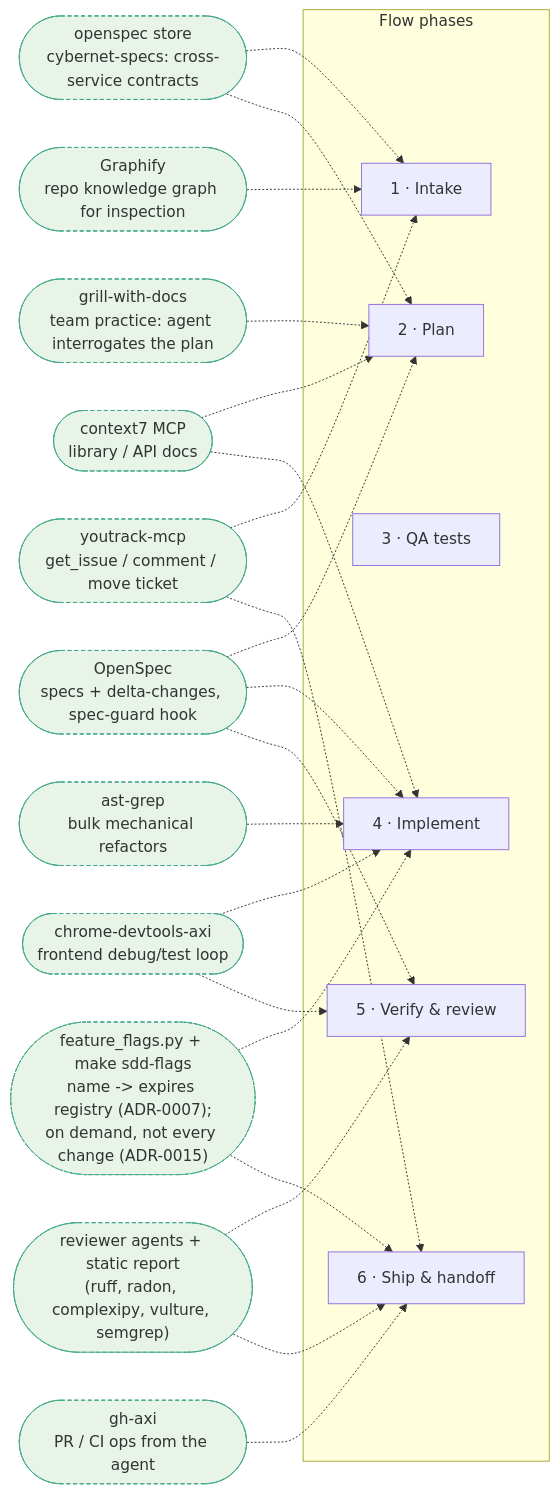
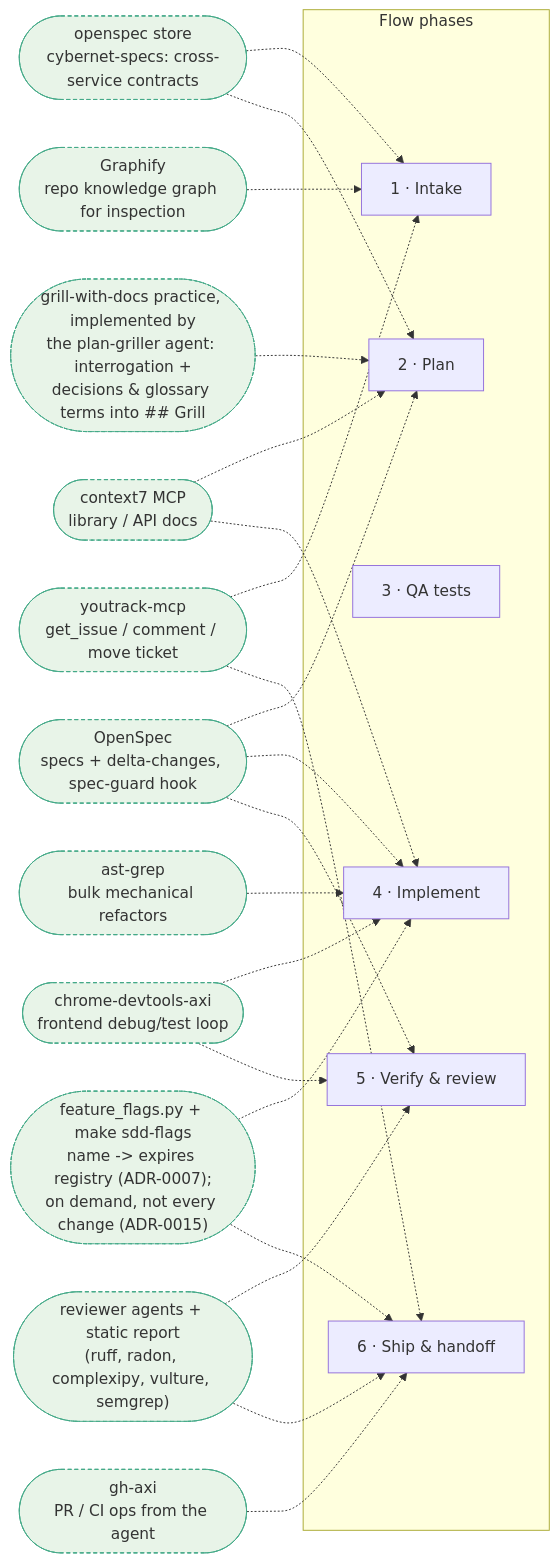
One commit to CybernetKZ/sdd-kit changed the second of 2 diagrams in WORKFLOW.md. Above: the diagram before and after it, drawn with Mermaid. The commit also changed other lines of this file and 4 other files, not shown here.

````diff
--- a/WORKFLOW.md
+++ b/WORKFLOW.md
@@ -127,33 +127,33 @@
 ```mermaid
 flowchart LR
     subgraph PHASES["Flow phases"]
         P1["1 · Intake"]
         P2["2 · Plan"]
         P3["3 · QA tests"]
         P4["4 · Implement"]
         P5["5 · Verify & review"]
         P6["6 · Ship & handoff"]
     end
     YTMCP(["youtrack-mcp<br/>get_issue / comment / move ticket"]) -.-> P1
     YTMCP -.-> P6
     STORE(["openspec store<br/>cybernet-specs: cross-service contracts"]) -.-> P1
     STORE -.-> P2
     GRAPH(["Graphify<br/>repo knowledge graph for inspection"]) -.-> P1
     OS(["OpenSpec<br/>specs + delta-changes, spec-guard hook"]) -.-> P2
     OS -.-> P4
     OS -.-> P5
-    GWD(["grill-with-docs<br/>team practice: agent interrogates the plan"]) -.-> P2
+    GWD(["grill-with-docs practice, implemented by<br/>the plan-griller agent: interrogation +<br/>decisions & glossary terms into ## Grill"]) -.-> P2
     C7(["context7 MCP<br/>library / API docs"]) -.-> P2
     C7 -.-> P4
     ASTG(["ast-grep<br/>bulk mechanical refactors"]) -.-> P4
     CDA(["chrome-devtools-axi<br/>frontend debug/test loop"]) -.-> P4
     CDA -.-> P5
     FLAGS(["feature_flags.py + make sdd-flags<br/>name -> expires registry (ADR-0007);<br/>on demand, not every change (ADR-0015)"]) -.-> P4
     FLAGS -.-> P6
     AGENTS(["reviewer agents + static report<br/>(ruff, radon, complexipy, vulture, semgrep)"]) -.-> P5
     AGENTS -.-> P6
     GHA(["gh-axi<br/>PR / CI ops from the agent"]) -.-> P6
 
     classDef tool fill:#e8f4e8,stroke:#4a8,stroke-dasharray: 4 3
     class YTMCP,STORE,GRAPH,C7,OS,GWD,ASTG,CDA,GHA,AGENTS,FLAGS tool
 ```
````
